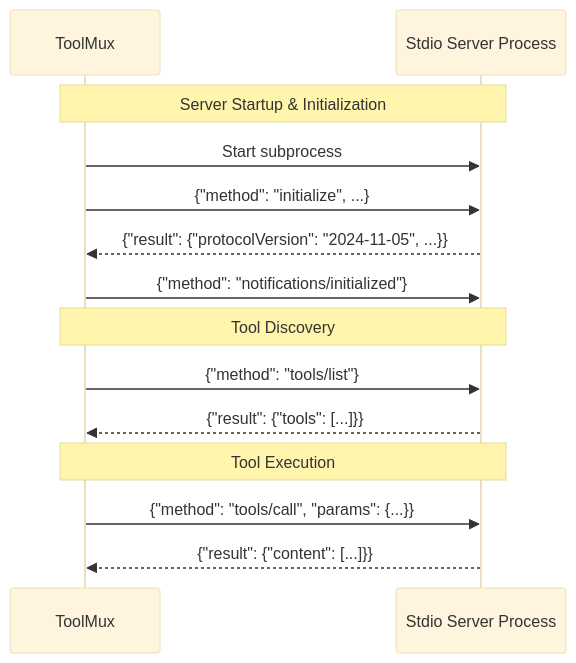
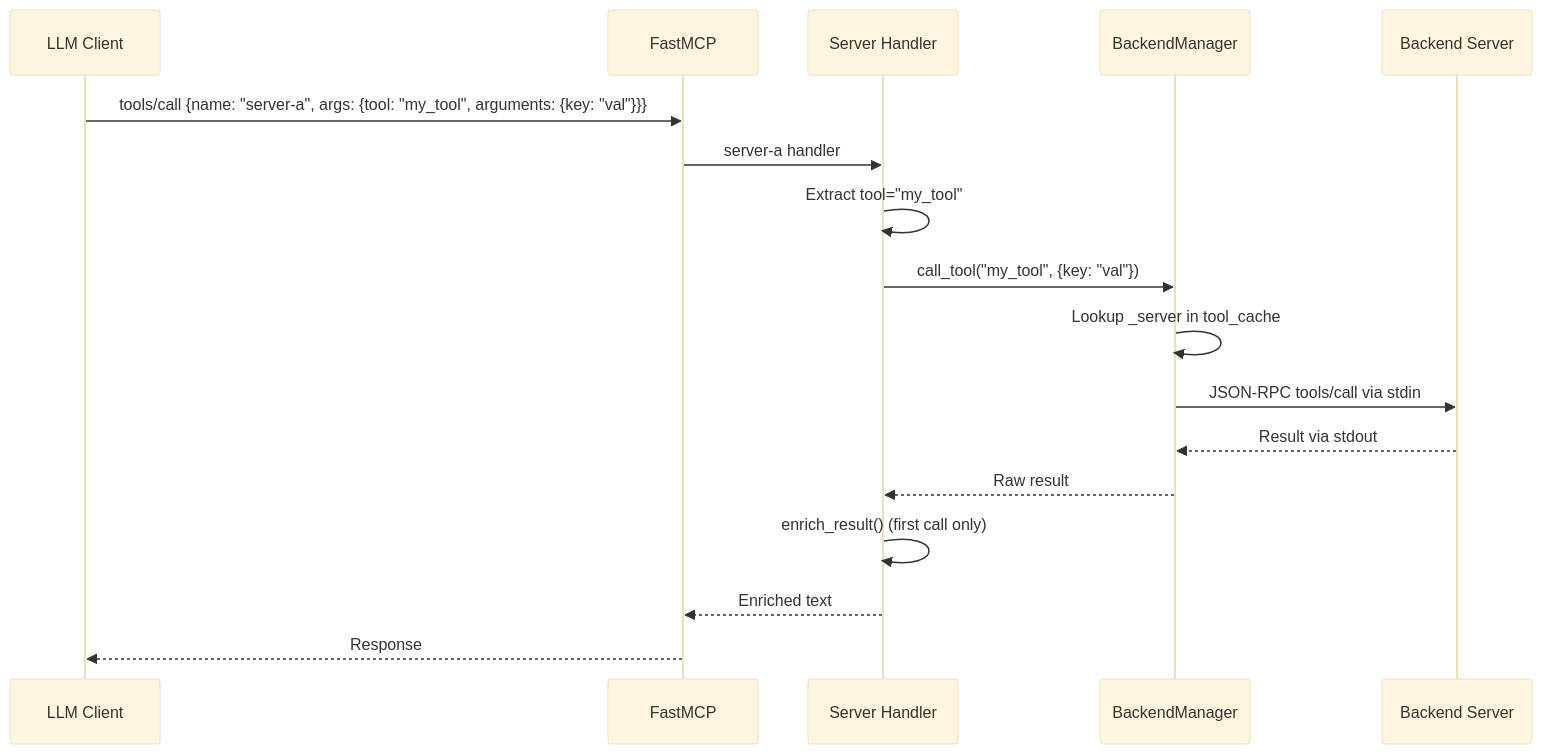
The fourth of 10 diagrams in docs/ARCHITECTURE.md (subnetangel/ToolMux), drawn with Mermaid (base theme) before and after one commit. The commit also changed other lines of this file and 29 other files, not shown here.

````diff
--- a/docs/ARCHITECTURE.md
+++ b/docs/ARCHITECTURE.md
@@ -336,19 +121,20 @@
 ```mermaid
 sequenceDiagram
-    participant TM as ToolMux
-    participant Proc as Stdio Server Process
-    
-    Note over TM,Proc: Server Startup & Initialization
-    TM->>Proc: Start subprocess
-    TM->>Proc: {"method": "initialize", ...}
-    Proc-->>TM: {"result": {"protocolVersion": "2024-11-05", ...}}
-    TM->>Proc: {"method": "notifications/initialized"}
-    
-    Note over TM,Proc: Tool Discovery
-    TM->>Proc: {"method": "tools/list"}
-    Proc-->>TM: {"result": {"tools": [...]}}
-    
-    Note over TM,Proc: Tool Execution
-    TM->>Proc: {"method": "tools/call", "params": {...}}
-    Proc-->>TM: {"result": {"content": [...]}}
+    participant LLM as LLM Client
+    participant FM as FastMCP
+    participant H as Server Handler
+    participant BM as BackendManager
+    participant Srv as Backend Server
+
+    LLM->>FM: tools/call {name: "server-a", args: {tool: "my_tool", arguments: {key: "val"}}}
+    FM->>H: server-a handler
+    H->>H: Extract tool="my_tool"
+    H->>BM: call_tool("my_tool", {key: "val"})
+    BM->>BM: Lookup _server in tool_cache
+    BM->>Srv: JSON-RPC tools/call via stdin
+    Srv-->>BM: Result via stdout
+    BM-->>H: Raw result
+    H->>H: enrich_result() (first call only)
+    H-->>FM: Enriched text
+    FM-->>LLM: Response
 ```
````
